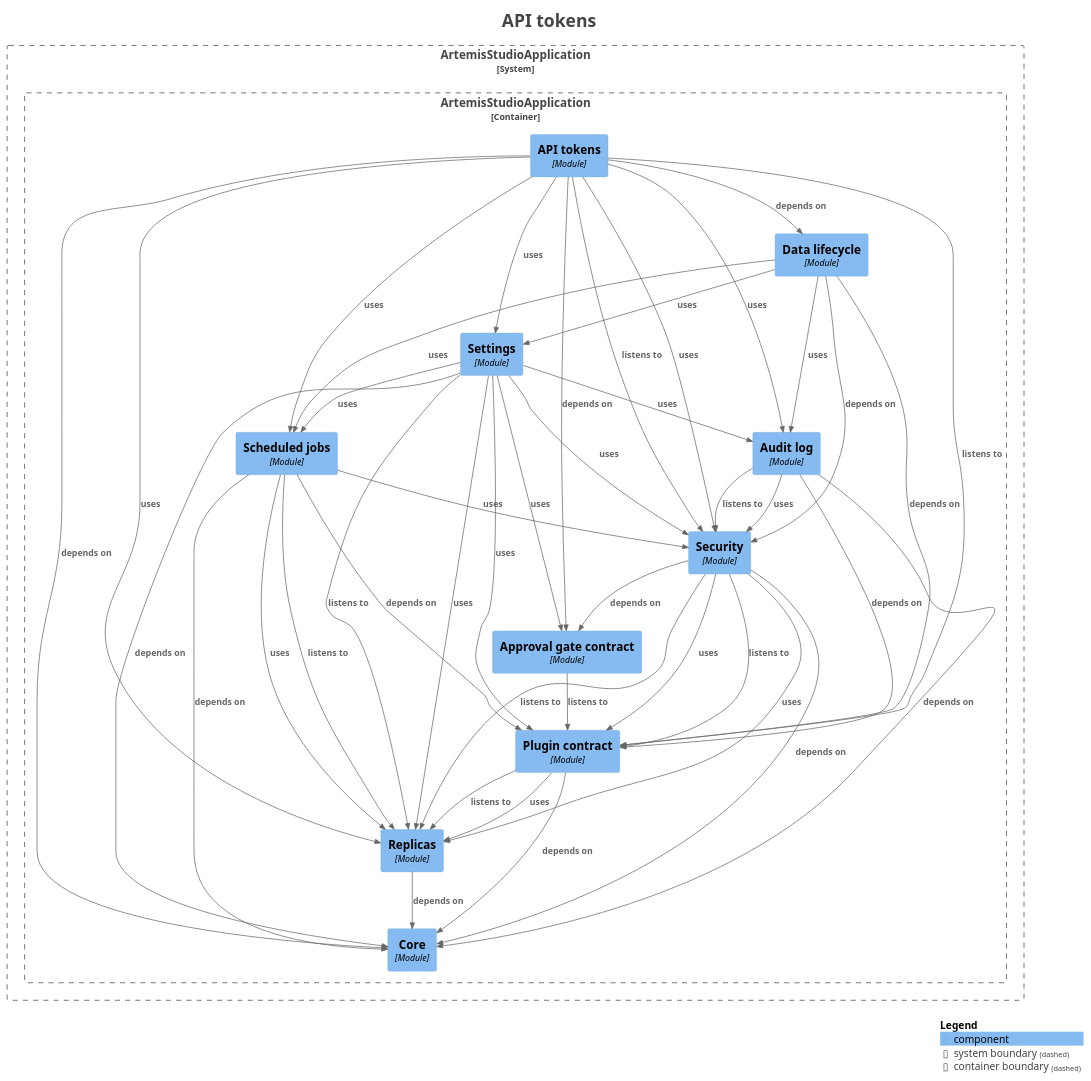
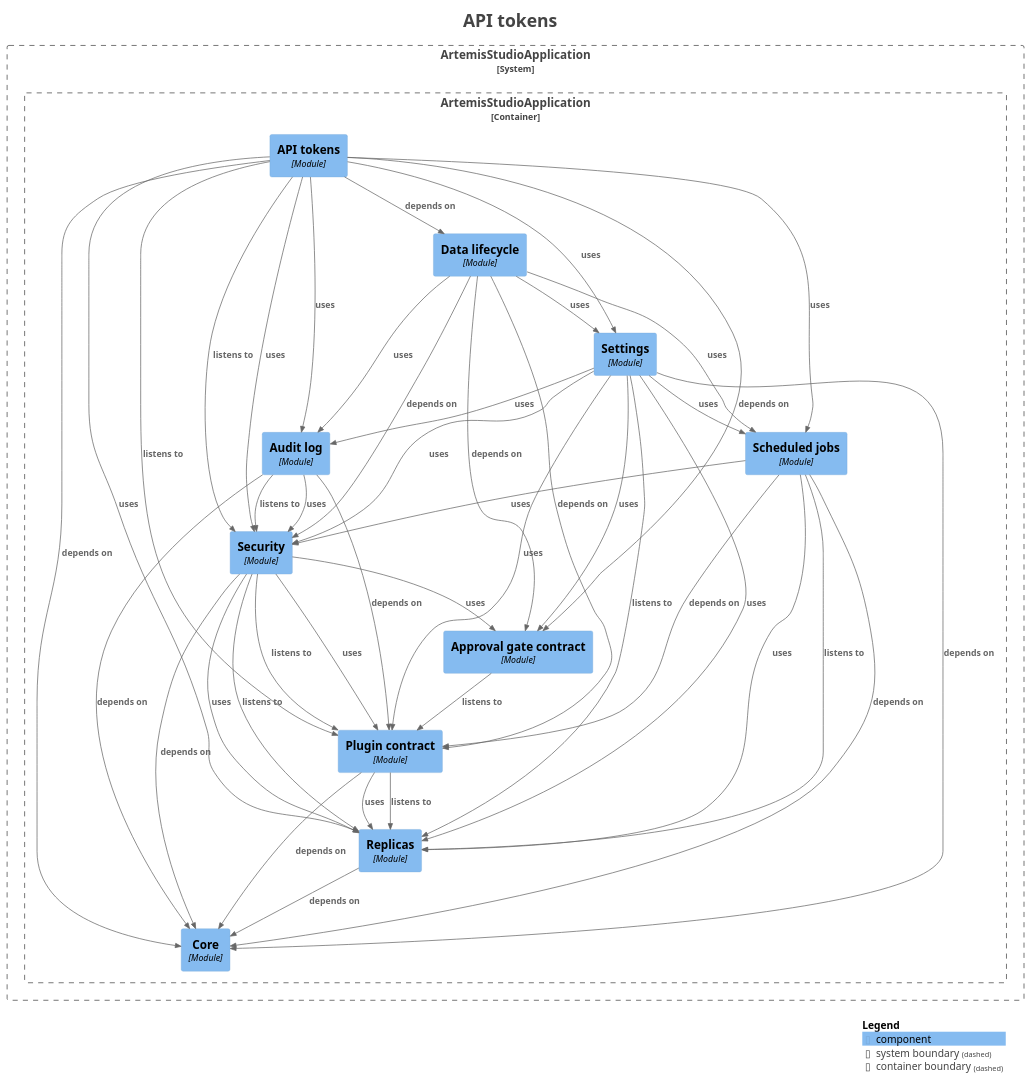
Before and after one commit to sudoitir/artemis-studio: the diagram in docs/modules/module-feature.apitokens.puml, drawn with PlantUML. The commit also changed 13 other files, not shown here.

Commit message:
docs(modules): regenerate the module diagrams for the gate contract's held response and leases

```diff
--- a/docs/modules/module-feature.apitokens.puml
+++ b/docs/modules/module-feature.apitokens.puml
@@ -1,80 +1,81 @@
 @startuml
 title <size:24>API tokens</size>
 
 set separator none
 top to bottom direction
 
 <style>
   root {
     BackgroundColor: #ffffff
     FontColor: #444444
   }
 </style>
 
 !include <C4/C4>
 !include <C4/C4_Context>
 !include <C4/C4_Component>
 
 System_Boundary("ArtemisStudioApplication_boundary", "ArtemisStudioApplication", $tags="") {
   Container_Boundary("ArtemisStudioApplication.ArtemisStudioApplication_boundary", "ArtemisStudioApplication", $tags="") {
     Component(ArtemisStudioApplication.ArtemisStudioApplication.APItokens, "API tokens", $techn="Module", $descr="", $tags="", $link="")
     Component(ArtemisStudioApplication.ArtemisStudioApplication.Approvalgatecontract, "Approval gate contract", $techn="Module", $descr="", $tags="", $link="")
     Component(ArtemisStudioApplication.ArtemisStudioApplication.Auditlog, "Audit log", $techn="Module", $descr="", $tags="", $link="")
     Component(ArtemisStudioApplication.ArtemisStudioApplication.Core, "Core", $techn="Module", $descr="", $tags="", $link="")
     Component(ArtemisStudioApplication.ArtemisStudioApplication.Datalifecycle, "Data lifecycle", $techn="Module", $descr="", $tags="", $link="")
     Component(ArtemisStudioApplication.ArtemisStudioApplication.Plugincontract, "Plugin contract", $techn="Module", $descr="", $tags="", $link="")
     Component(ArtemisStudioApplication.ArtemisStudioApplication.Replicas, "Replicas", $techn="Module", $descr="", $tags="", $link="")
     Component(ArtemisStudioApplication.ArtemisStudioApplication.Scheduledjobs, "Scheduled jobs", $techn="Module", $descr="", $tags="", $link="")
     Component(ArtemisStudioApplication.ArtemisStudioApplication.Security, "Security", $techn="Module", $descr="", $tags="", $link="")
     Component(ArtemisStudioApplication.ArtemisStudioApplication.Settings, "Settings", $techn="Module", $descr="", $tags="", $link="")
   }
 
 }
 
 Rel(ArtemisStudioApplication.ArtemisStudioApplication.APItokens, ArtemisStudioApplication.ArtemisStudioApplication.Approvalgatecontract, "depends on", $techn="", $tags="", $link="")
 Rel(ArtemisStudioApplication.ArtemisStudioApplication.APItokens, ArtemisStudioApplication.ArtemisStudioApplication.Auditlog, "uses", $techn="", $tags="", $link="")
 Rel(ArtemisStudioApplication.ArtemisStudioApplication.APItokens, ArtemisStudioApplication.ArtemisStudioApplication.Core, "depends on", $techn="", $tags="", $link="")
 Rel(ArtemisStudioApplication.ArtemisStudioApplication.APItokens, ArtemisStudioApplication.ArtemisStudioApplication.Datalifecycle, "depends on", $techn="", $tags="", $link="")
 Rel(ArtemisStudioApplication.ArtemisStudioApplication.APItokens, ArtemisStudioApplication.ArtemisStudioApplication.Plugincontract, "listens to", $techn="", $tags="", $link="")
 Rel(ArtemisStudioApplication.ArtemisStudioApplication.APItokens, ArtemisStudioApplication.ArtemisStudioApplication.Replicas, "uses", $techn="", $tags="", $link="")
 Rel(ArtemisStudioApplication.ArtemisStudioApplication.APItokens, ArtemisStudioApplication.ArtemisStudioApplication.Scheduledjobs, "uses", $techn="", $tags="", $link="")
 Rel(ArtemisStudioApplication.ArtemisStudioApplication.APItokens, ArtemisStudioApplication.ArtemisStudioApplication.Security, "listens to", $techn="", $tags="", $link="")
 Rel(ArtemisStudioApplication.ArtemisStudioApplication.APItokens, ArtemisStudioApplication.ArtemisStudioApplication.Security, "uses", $techn="", $tags="", $link="")
 Rel(ArtemisStudioApplication.ArtemisStudioApplication.APItokens, ArtemisStudioApplication.ArtemisStudioApplication.Settings, "uses", $techn="", $tags="", $link="")
 Rel(ArtemisStudioApplication.ArtemisStudioApplication.Approvalgatecontract, ArtemisStudioApplication.ArtemisStudioApplication.Plugincontract, "listens to", $techn="", $tags="", $link="")
 Rel(ArtemisStudioApplication.ArtemisStudioApplication.Auditlog, ArtemisStudioApplication.ArtemisStudioApplication.Core, "depends on", $techn="", $tags="", $link="")
 Rel(ArtemisStudioApplication.ArtemisStudioApplication.Auditlog, ArtemisStudioApplication.ArtemisStudioApplication.Plugincontract, "depends on", $techn="", $tags="", $link="")
 Rel(ArtemisStudioApplication.ArtemisStudioApplication.Auditlog, ArtemisStudioApplication.ArtemisStudioApplication.Security, "listens to", $techn="", $tags="", $link="")
 Rel(ArtemisStudioApplication.ArtemisStudioApplication.Auditlog, ArtemisStudioApplication.ArtemisStudioApplication.Security, "uses", $techn="", $tags="", $link="")
+Rel(ArtemisStudioApplication.ArtemisStudioApplication.Datalifecycle, ArtemisStudioApplication.ArtemisStudioApplication.Approvalgatecontract, "depends on", $techn="", $tags="", $link="")
 Rel(ArtemisStudioApplication.ArtemisStudioApplication.Datalifecycle, ArtemisStudioApplication.ArtemisStudioApplication.Auditlog, "uses", $techn="", $tags="", $link="")
 Rel(ArtemisStudioApplication.ArtemisStudioApplication.Datalifecycle, ArtemisStudioApplication.ArtemisStudioApplication.Plugincontract, "depends on", $techn="", $tags="", $link="")
 Rel(ArtemisStudioApplication.ArtemisStudioApplication.Datalifecycle, ArtemisStudioApplication.ArtemisStudioApplication.Scheduledjobs, "uses", $techn="", $tags="", $link="")
 Rel(ArtemisStudioApplication.ArtemisStudioApplication.Datalifecycle, ArtemisStudioApplication.ArtemisStudioApplication.Security, "depends on", $techn="", $tags="", $link="")
 Rel(ArtemisStudioApplication.ArtemisStudioApplication.Datalifecycle, ArtemisStudioApplication.ArtemisStudioApplication.Settings, "uses", $techn="", $tags="", $link="")
 Rel(ArtemisStudioApplication.ArtemisStudioApplication.Plugincontract, ArtemisStudioApplication.ArtemisStudioApplication.Core, "depends on", $techn="", $tags="", $link="")
 Rel(ArtemisStudioApplication.ArtemisStudioApplication.Plugincontract, ArtemisStudioApplication.ArtemisStudioApplication.Replicas, "listens to", $techn="", $tags="", $link="")
 Rel(ArtemisStudioApplication.ArtemisStudioApplication.Plugincontract, ArtemisStudioApplication.ArtemisStudioApplication.Replicas, "uses", $techn="", $tags="", $link="")
 Rel(ArtemisStudioApplication.ArtemisStudioApplication.Replicas, ArtemisStudioApplication.ArtemisStudioApplication.Core, "depends on", $techn="", $tags="", $link="")
 Rel(ArtemisStudioApplication.ArtemisStudioApplication.Scheduledjobs, ArtemisStudioApplication.ArtemisStudioApplication.Core, "depends on", $techn="", $tags="", $link="")
 Rel(ArtemisStudioApplication.ArtemisStudioApplication.Scheduledjobs, ArtemisStudioApplication.ArtemisStudioApplication.Plugincontract, "depends on", $techn="", $tags="", $link="")
 Rel(ArtemisStudioApplication.ArtemisStudioApplication.Scheduledjobs, ArtemisStudioApplication.ArtemisStudioApplication.Replicas, "listens to", $techn="", $tags="", $link="")
 Rel(ArtemisStudioApplication.ArtemisStudioApplication.Scheduledjobs, ArtemisStudioApplication.ArtemisStudioApplication.Replicas, "uses", $techn="", $tags="", $link="")
 Rel(ArtemisStudioApplication.ArtemisStudioApplication.Scheduledjobs, ArtemisStudioApplication.ArtemisStudioApplication.Security, "uses", $techn="", $tags="", $link="")
-Rel(ArtemisStudioApplication.ArtemisStudioApplication.Security, ArtemisStudioApplication.ArtemisStudioApplication.Approvalgatecontract, "depends on", $techn="", $tags="", $link="")
+Rel(ArtemisStudioApplication.ArtemisStudioApplication.Security, ArtemisStudioApplication.ArtemisStudioApplication.Approvalgatecontract, "uses", $techn="", $tags="", $link="")
 Rel(ArtemisStudioApplication.ArtemisStudioApplication.Security, ArtemisStudioApplication.ArtemisStudioApplication.Core, "depends on", $techn="", $tags="", $link="")
 Rel(ArtemisStudioApplication.ArtemisStudioApplication.Security, ArtemisStudioApplication.ArtemisStudioApplication.Plugincontract, "listens to", $techn="", $tags="", $link="")
 Rel(ArtemisStudioApplication.ArtemisStudioApplication.Security, ArtemisStudioApplication.ArtemisStudioApplication.Plugincontract, "uses", $techn="", $tags="", $link="")
 Rel(ArtemisStudioApplication.ArtemisStudioApplication.Security, ArtemisStudioApplication.ArtemisStudioApplication.Replicas, "listens to", $techn="", $tags="", $link="")
 Rel(ArtemisStudioApplication.ArtemisStudioApplication.Security, ArtemisStudioApplication.ArtemisStudioApplication.Replicas, "uses", $techn="", $tags="", $link="")
 Rel(ArtemisStudioApplication.ArtemisStudioApplication.Settings, ArtemisStudioApplication.ArtemisStudioApplication.Approvalgatecontract, "uses", $techn="", $tags="", $link="")
 Rel(ArtemisStudioApplication.ArtemisStudioApplication.Settings, ArtemisStudioApplication.ArtemisStudioApplication.Auditlog, "uses", $techn="", $tags="", $link="")
 Rel(ArtemisStudioApplication.ArtemisStudioApplication.Settings, ArtemisStudioApplication.ArtemisStudioApplication.Core, "depends on", $techn="", $tags="", $link="")
 Rel(ArtemisStudioApplication.ArtemisStudioApplication.Settings, ArtemisStudioApplication.ArtemisStudioApplication.Plugincontract, "uses", $techn="", $tags="", $link="")
 Rel(ArtemisStudioApplication.ArtemisStudioApplication.Settings, ArtemisStudioApplication.ArtemisStudioApplication.Replicas, "listens to", $techn="", $tags="", $link="")
 Rel(ArtemisStudioApplication.ArtemisStudioApplication.Settings, ArtemisStudioApplication.ArtemisStudioApplication.Replicas, "uses", $techn="", $tags="", $link="")
 Rel(ArtemisStudioApplication.ArtemisStudioApplication.Settings, ArtemisStudioApplication.ArtemisStudioApplication.Scheduledjobs, "uses", $techn="", $tags="", $link="")
 Rel(ArtemisStudioApplication.ArtemisStudioApplication.Settings, ArtemisStudioApplication.ArtemisStudioApplication.Security, "uses", $techn="", $tags="", $link="")
 
 SHOW_LEGEND(true)
 hide stereotypes
 @enduml
```
